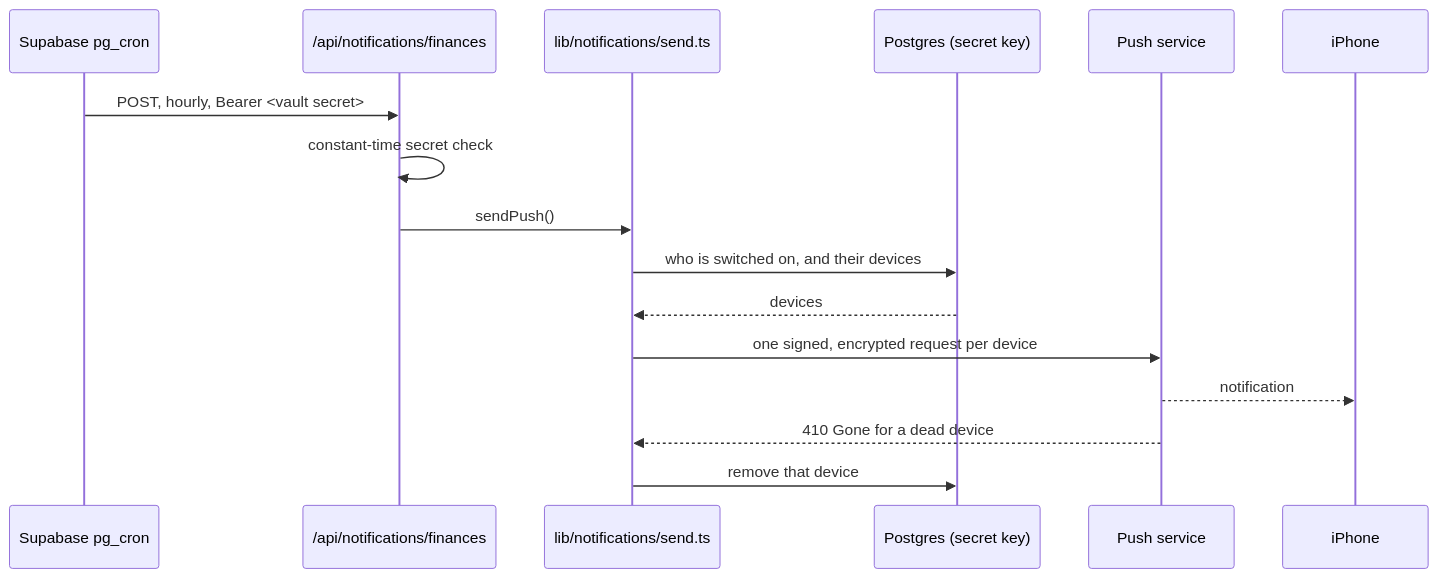
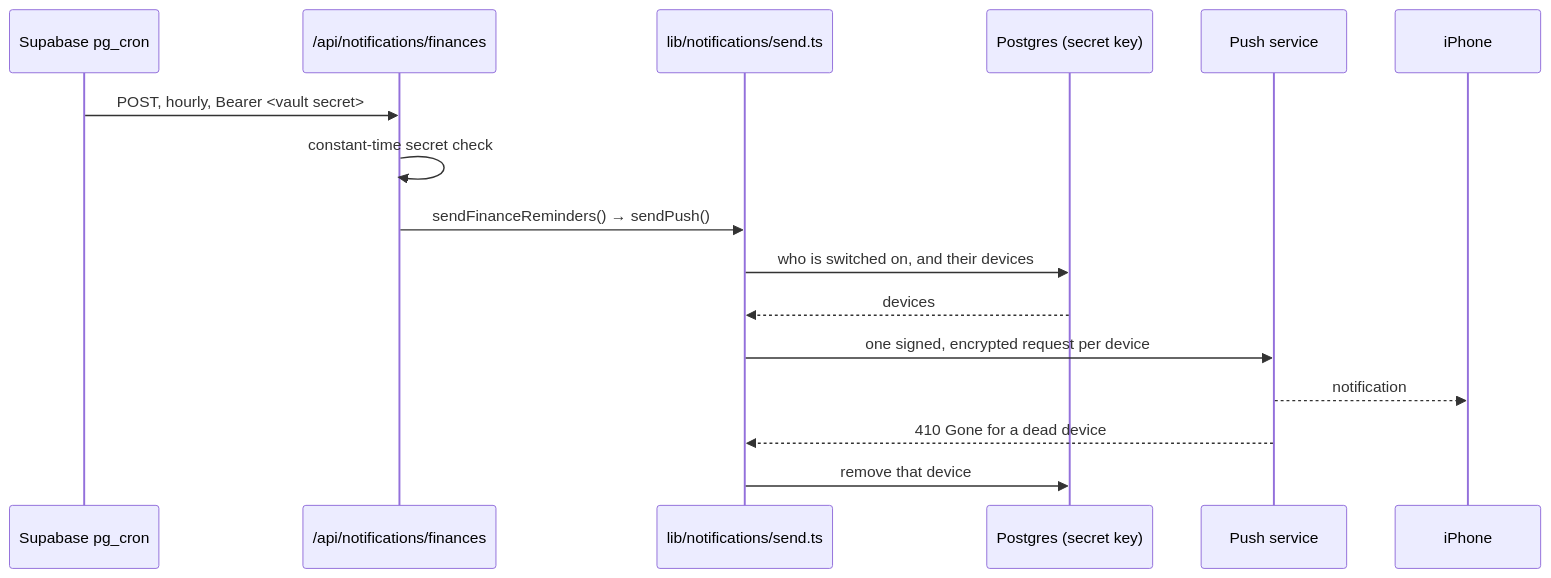
One commit to vplakkot/HomeBase changed the fifth of 10 diagrams in docs/architecture.md. Above: the diagram before and after it, drawn with Mermaid. The commit also changed other lines of this file, not shown here.

Commit message:
Architecture: the reminders are a separate job; name the call chain

````diff
--- a/docs/architecture.md
+++ b/docs/architecture.md
@@ -417,19 +417,19 @@
 ```mermaid
 sequenceDiagram
     participant Cron as Supabase pg_cron
     participant Route as /api/notifications/finances
     participant Send as lib/notifications/send.ts
     participant DB as Postgres (secret key)
     participant Apple as Push service
     participant Phone as iPhone
 
     Cron->>Route: POST, hourly, Bearer <vault secret>
     Route->>Route: constant-time secret check
-    Route->>Send: sendPush()
+    Route->>Send: sendFinanceReminders() → sendPush()
     Send->>DB: who is switched on, and their devices
     DB-->>Send: devices
     Send->>Apple: one signed, encrypted request per device
     Apple-->>Phone: notification
     Apple-->>Send: 410 Gone for a dead device
     Send->>DB: remove that device
 ```
````
